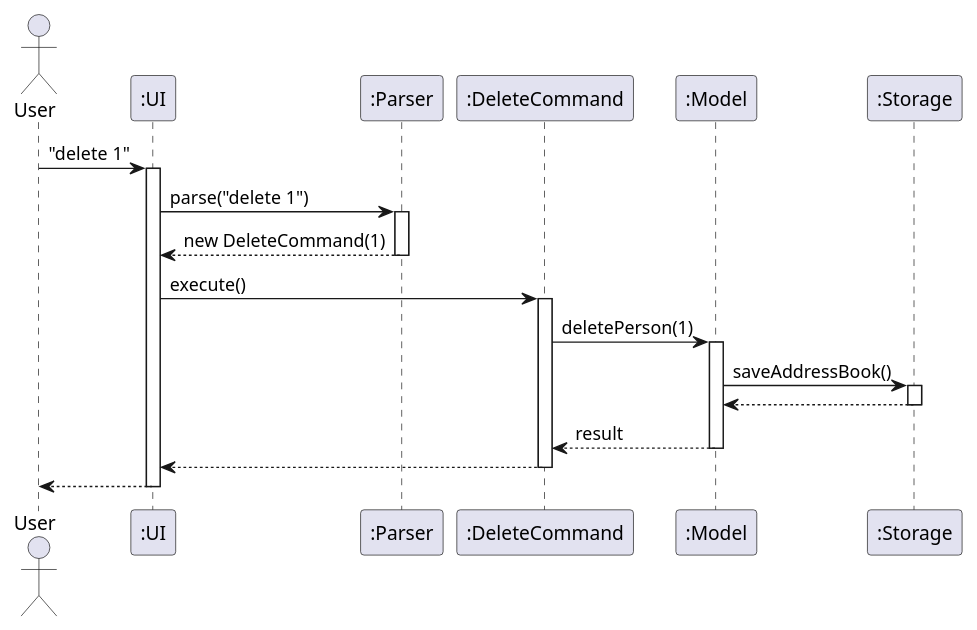
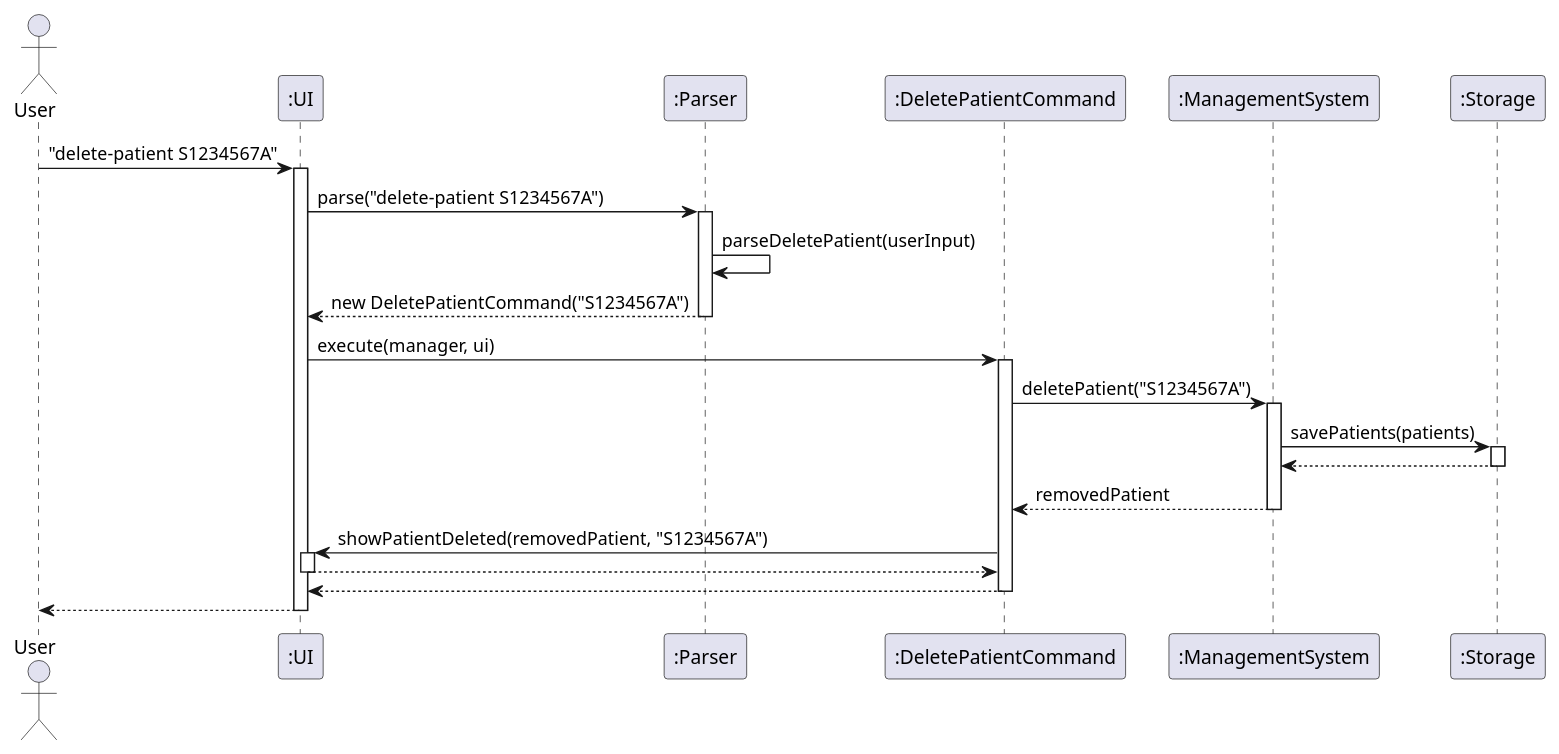
One commit to chwenyee/tp changed the diagram in docs/diagrams/ArchitectureSequenceDiagram.puml. Above: the diagram before and after it, drawn with PlantUML. The commit also changed 4 other files, not shown here.

Commit message:
Update architecture diagrams and documentation to use exact package names from codebase

```diff
--- a/docs/diagrams/ArchitectureSequenceDiagram.puml
+++ b/docs/diagrams/ArchitectureSequenceDiagram.puml
@@ -1,38 +1,44 @@
 @startuml
 
 actor User
 participant ":UI" as UI
 participant ":Parser" as Parser
-participant ":DeleteCommand" as Command
-participant ":Model" as Model
+participant ":DeletePatientCommand" as Command
+participant ":ManagementSystem" as Management
 participant ":Storage" as Storage
 
-User -> UI : "delete 1"
+User -> UI : "delete-patient S1234567A"
 activate UI
 
-UI -> Parser : parse("delete 1")
+UI -> Parser : parse("delete-patient S1234567A")
 activate Parser
-Parser --> UI : new DeleteCommand(1)
+Parser -> Parser : parseDeletePatient(userInput)
+Parser --> UI : new DeletePatientCommand("S1234567A")
 deactivate Parser
 
-UI -> Command : execute()
+UI -> Command : execute(manager, ui)
 activate Command
 
-Command -> Model : deletePerson(1)
-activate Model
+Command -> Management : deletePatient("S1234567A")
+activate Management
 
-Model -> Storage : saveAddressBook()
+Management -> Storage : savePatients(patients)
 activate Storage
-Storage --> Model
+Storage --> Management
 deactivate Storage
 
-Model --> Command : result
-deactivate Model
+Management --> Command : removedPatient
+deactivate Management
+
+Command -> UI : showPatientDeleted(removedPatient, "S1234567A")
+activate UI
+UI --> Command
+deactivate UI
 
 Command --> UI
 deactivate Command
 
 UI --> User
 deactivate UI
 
 @enduml 
```
